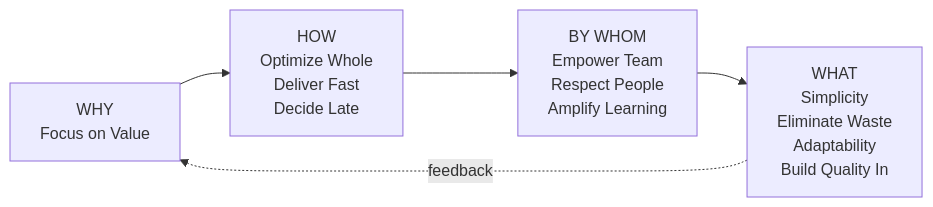
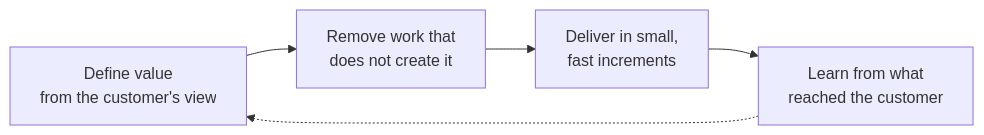
One commit to arrmagazin/engx changed the diagram in docs/01-methodology/01-lean.md. Above: the diagram before and after it, drawn with Mermaid. The commit also changed other lines of this file and 1 other file, not shown here.

````diff
--- a/docs/01-methodology/01-lean.md
+++ b/docs/01-methodology/01-lean.md
@@ -17,7 +12,7 @@
 ```mermaid
 flowchart LR
-    WHY["WHY<br/>Focus on Value"] --> HOW["HOW<br/>Optimize Whole<br/>Deliver Fast<br/>Decide Late"]
-    HOW --> WHOM["BY WHOM<br/>Empower Team<br/>Respect People<br/>Amplify Learning"]
-    WHOM --> WHAT["WHAT<br/>Simplicity<br/>Eliminate Waste<br/>Adaptability<br/>Build Quality In"]
-    WHAT -.feedback.-> WHY
+    Value["Define value<br/>from the customer's view"] --> Waste["Remove work that<br/>does not create it"]
+    Waste --> Fast["Deliver in small,<br/>fast increments"]
+    Fast --> Learn["Learn from what<br/>reached the customer"]
+    Learn -.-> Value
 ```
````
